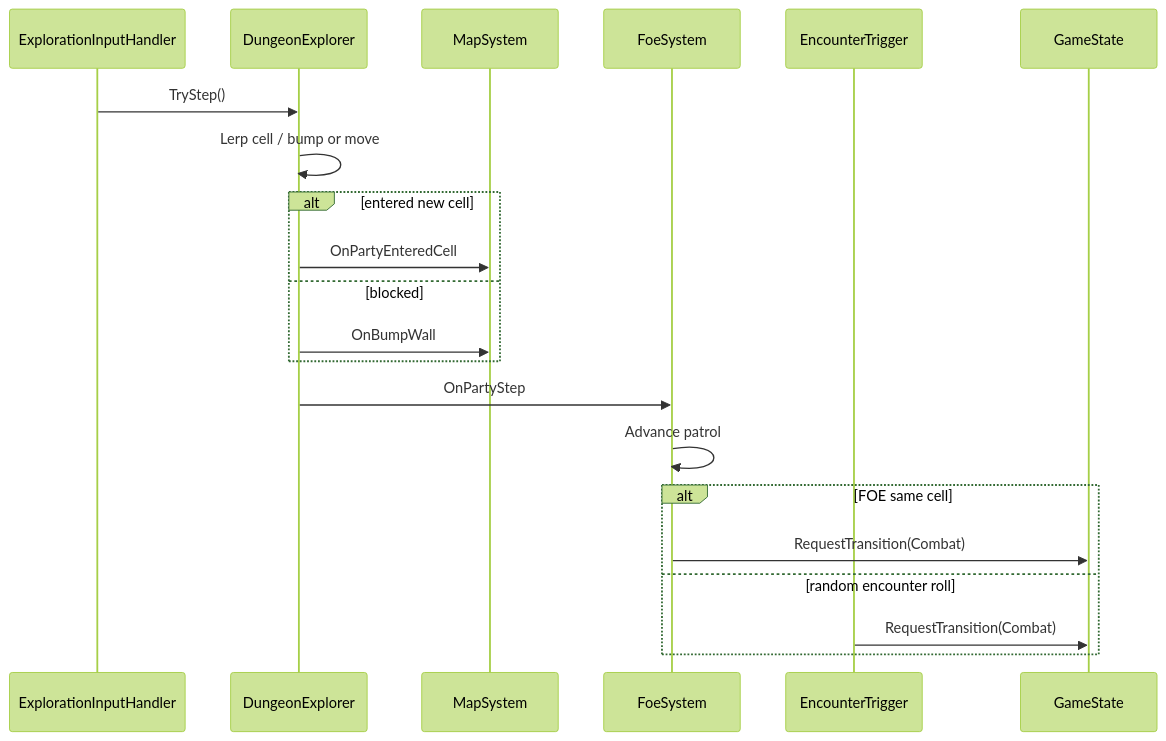
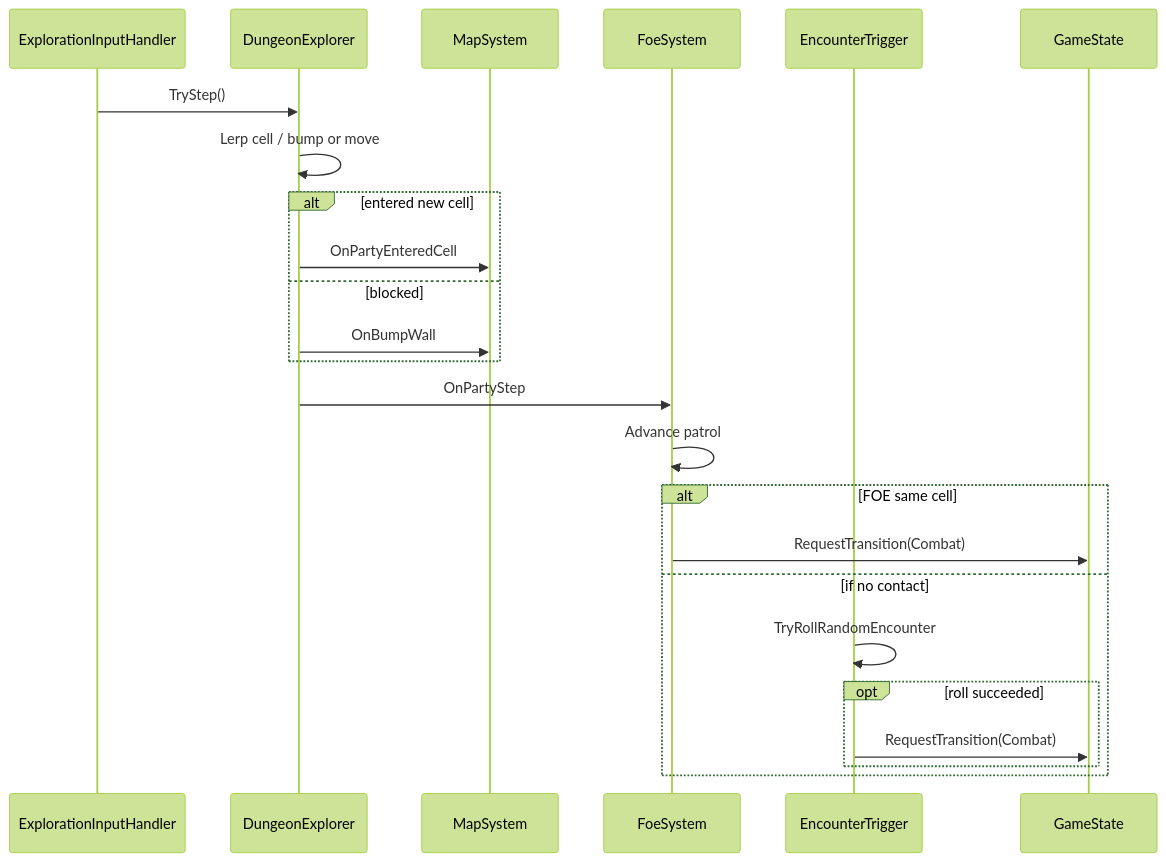
The fifth of 6 diagrams in docs/02-systems/game-phase.md (miramocha/griddungeon-design-docs), drawn with Mermaid (forest theme) before and after one commit. The commit also changed other lines of this file and 6 other files, not shown here.

First line of the commit message:
Align MVP1 architecture docs with clean-code rules.

````diff
--- a/docs/02-systems/game-phase.md
+++ b/docs/02-systems/game-phase.md
@@ -169,24 +174,27 @@
 ```mermaid
 sequenceDiagram
   participant Input as ExplorationInputHandler
   participant DE as DungeonExplorer
   participant Map as MapSystem
   participant Foe as FoeSystem
   participant Enc as EncounterTrigger
   participant GS as GameState
 
   Input->>DE: TryStep()
   DE->>DE: Lerp cell / bump or move
   alt entered new cell
     DE->>Map: OnPartyEnteredCell
   else blocked
     DE->>Map: OnBumpWall
   end
   DE->>Foe: OnPartyStep
   Foe->>Foe: Advance patrol
   alt FOE same cell
     Foe->>GS: RequestTransition(Combat)
-  else random encounter roll
-    Enc->>GS: RequestTransition(Combat)
+  else if no contact
+    Enc->>Enc: TryRollRandomEncounter
+    opt roll succeeded
+      Enc->>GS: RequestTransition(Combat)
+    end
   end
 ```
````
